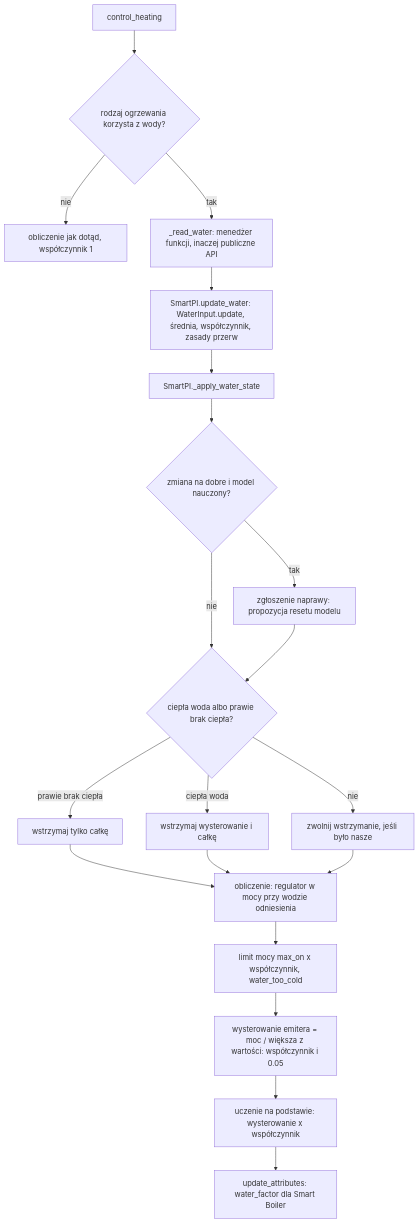
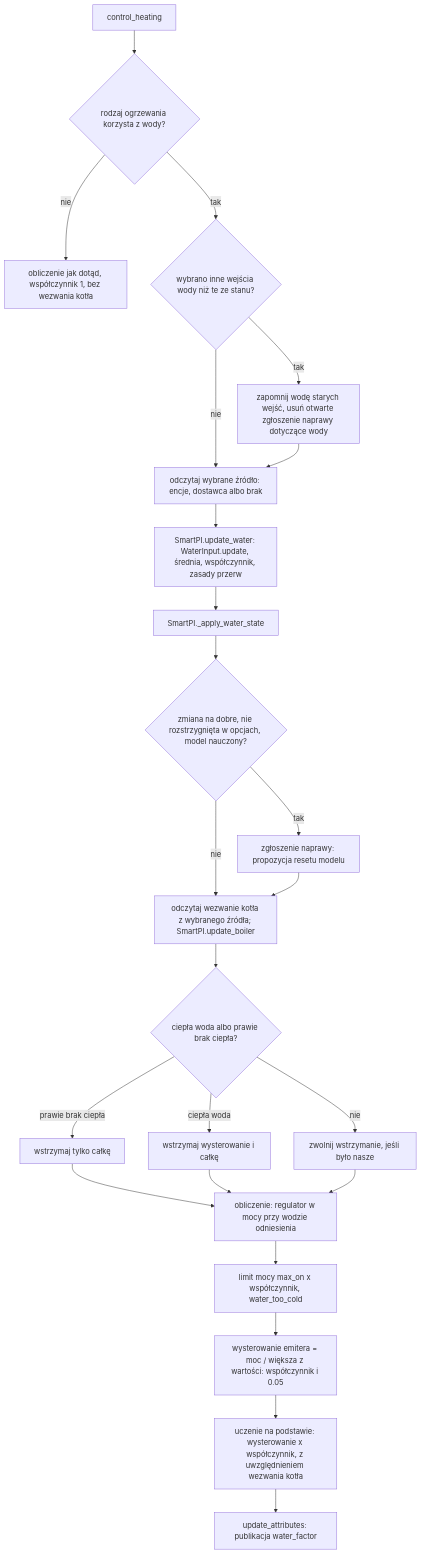
Before and after one commit to Shadow-230/vtherm_smartpi: the sixth of 6 diagrams in documentation/pl/water_input.md, drawn with Mermaid. The commit also changed other lines of this file and 85 other files, not shown here.

````diff
--- a/documentation/pl/water_input.md
+++ b/documentation/pl/water_input.md
@@ -468,22 +681,26 @@
 ```mermaid
 flowchart TD
     A[control_heating] --> B{"rodzaj ogrzewania korzysta z wody?"}
-    B -- nie --> K["obliczenie jak dotąd, współczynnik 1"]
-    B -- tak --> C["_read_water: menedżer funkcji, inaczej publiczne API"]
-    C --> D["SmartPI.update_water: WaterInput.update, średnia, współczynnik, zasady przerw"]
+    B -- nie --> K["obliczenie jak dotąd, współczynnik 1, bez wezwania kotła"]
+    B -- tak --> C{"wybrano inne wejścia wody niż te ze stanu?"}
+    C -- tak --> C0["zapomnij wodę starych wejść, usuń otwarte zgłoszenie naprawy dotyczące wody"]
+    C -- nie --> C1["odczytaj wybrane źródło: encje, dostawca albo brak"]
+    C0 --> C1
+    C1 --> D["SmartPI.update_water: WaterInput.update, średnia, współczynnik, zasady przerw"]
     D --> G[SmartPI._apply_water_state]
-    G --> E{"zmiana na dobre i model nauczony?"}
+    G --> E{"zmiana na dobre, nie rozstrzygnięta w opcjach, model nauczony?"}
     E -- tak --> F["zgłoszenie naprawy: propozycja resetu modelu"]
-    E -- nie --> H{"ciepła woda albo prawie brak ciepła?"}
-    F --> H
+    E -- nie --> BC
+    F --> BC["odczytaj wezwanie kotła z wybranego źródła; SmartPI.update_boiler"]
+    BC --> H{"ciepła woda albo prawie brak ciepła?"}
     H -- "ciepła woda" --> I["wstrzymaj wysterowanie i całkę"]
     H -- "prawie brak ciepła" --> I2["wstrzymaj tylko całkę"]
     H -- nie --> J["zwolnij wstrzymanie, jeśli było nasze"]
     I2 --> K2
     I --> K2["obliczenie: regulator w mocy przy wodzie odniesienia"]
     J --> K2
     K2 --> L["limit mocy max_on x współczynnik, water_too_cold"]
     L --> M["wysterowanie emitera = moc / większa z wartości: współczynnik i 0.05"]
-    M --> N["uczenie na podstawie: wysterowanie x współczynnik"]
-    N --> O["update_attributes: water_factor dla Smart Boiler"]
+    M --> N["uczenie na podstawie: wysterowanie x współczynnik, z uwzględnieniem wezwania kotła"]
+    N --> O["update_attributes: publikacja water_factor"]
 ```
````
